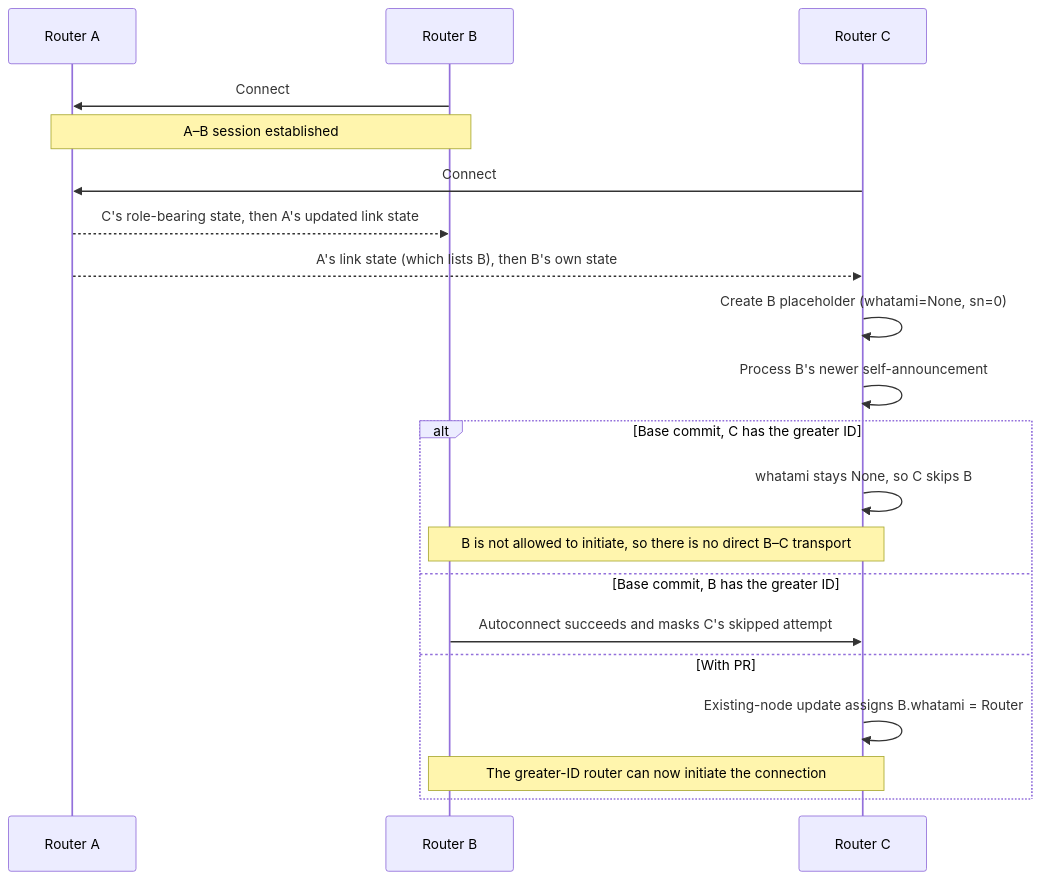
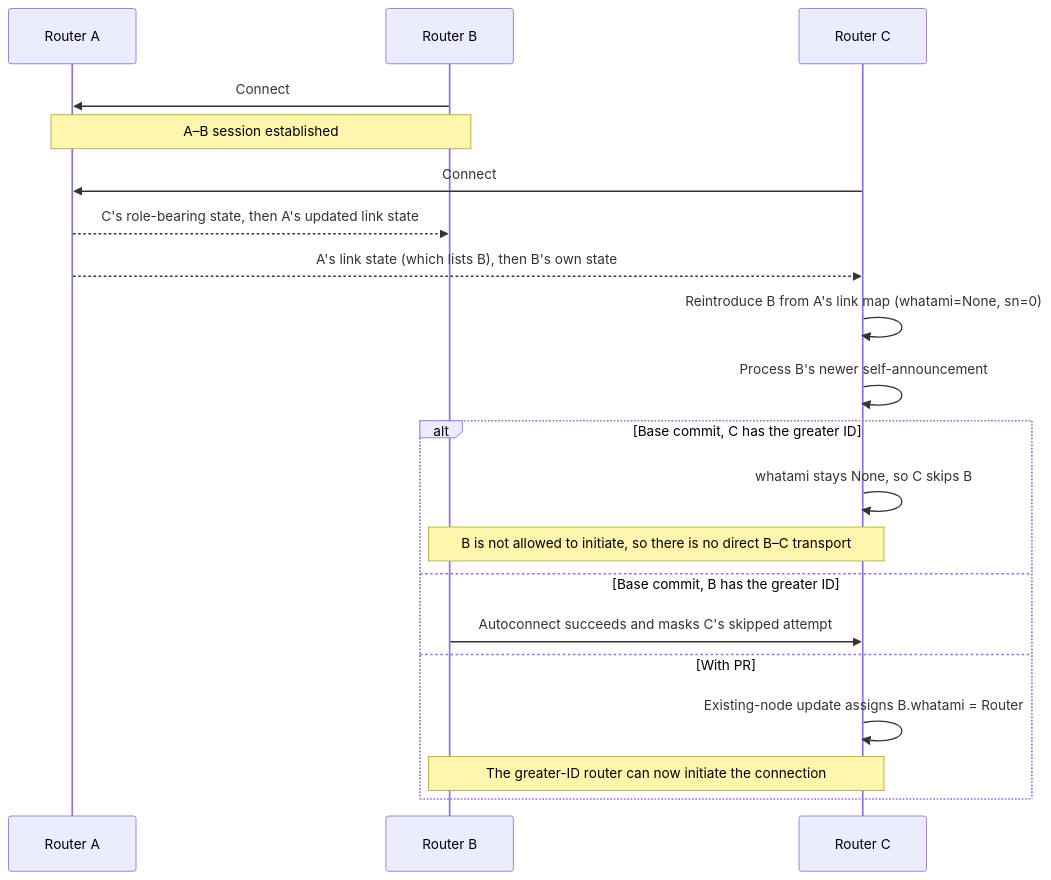
One commit to nt4i/zenoh-whatami-gossip-race-repro changed the diagram in README.md. Above: the diagram before and after it, drawn with Mermaid. The commit also changed other lines of this file and 2 other files, not shown here.

````diff
--- a/README.md
+++ b/README.md
@@ -7,23 +7,23 @@
 ```mermaid
 sequenceDiagram
     participant A as Router A
     participant B as Router B
     participant C as Router C
 
     B->>A: Connect
     Note over A,B: A–B session established
     C->>A: Connect
     A-->>B: C's role-bearing state, then A's updated link state
     A-->>C: A's link state (which lists B), then B's own state
-    C->>C: Create B placeholder (whatami=None, sn=0)
+    C->>C: Reintroduce B from A's link map (whatami=None, sn=0)
     C->>C: Process B's newer self-announcement
     alt Base commit, C has the greater ID
         C->>C: whatami stays None, so C skips B
         Note over B,C: B is not allowed to initiate, so there is no direct B–C transport
     else Base commit, B has the greater ID
         B->>C: Autoconnect succeeds and masks C's skipped attempt
     else With PR #2827 change
         C->>C: Existing-node update assigns B.whatami = Router
         Note over B,C: The greater-ID router can now initiate the connection
     end
 ```
````
